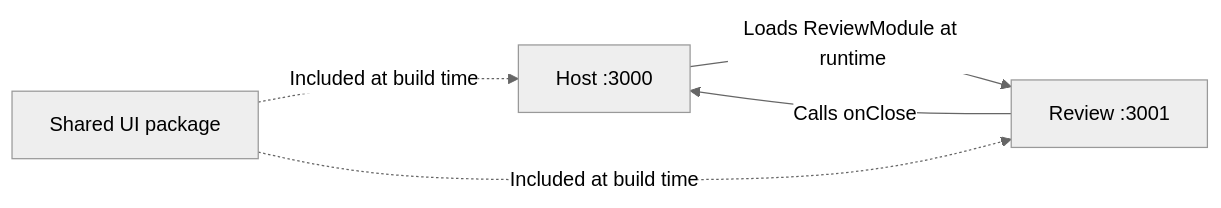
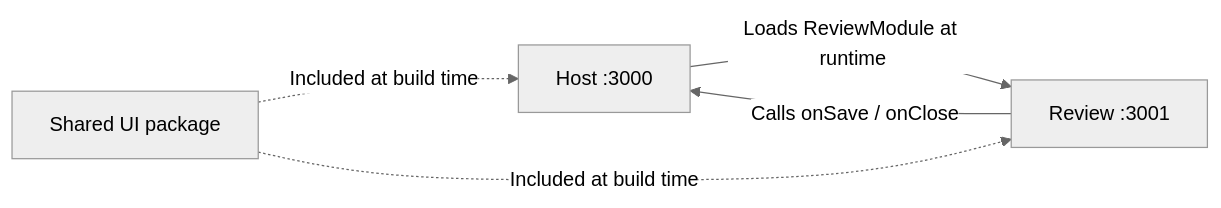
Before and after one commit to Reactoring/Ordo: the diagram in README.md, drawn with Mermaid (neutral theme). The commit also changed other lines of this file and 26 other files, not shown here.

````diff
--- a/README.md
+++ b/README.md
@@ -67,7 +69,7 @@
 ```mermaid
 flowchart LR
     Host["Host :3000"] -->|"Loads ReviewModule at runtime"| Review["Review :3001"]
-    Review -->|"Calls onClose"| Host
+    Review -->|"Calls onSave / onClose"| Host
     UI["Shared UI package"] -.->|"Included at build time"| Host
     UI -.->|"Included at build time"| Review
 ```
````
